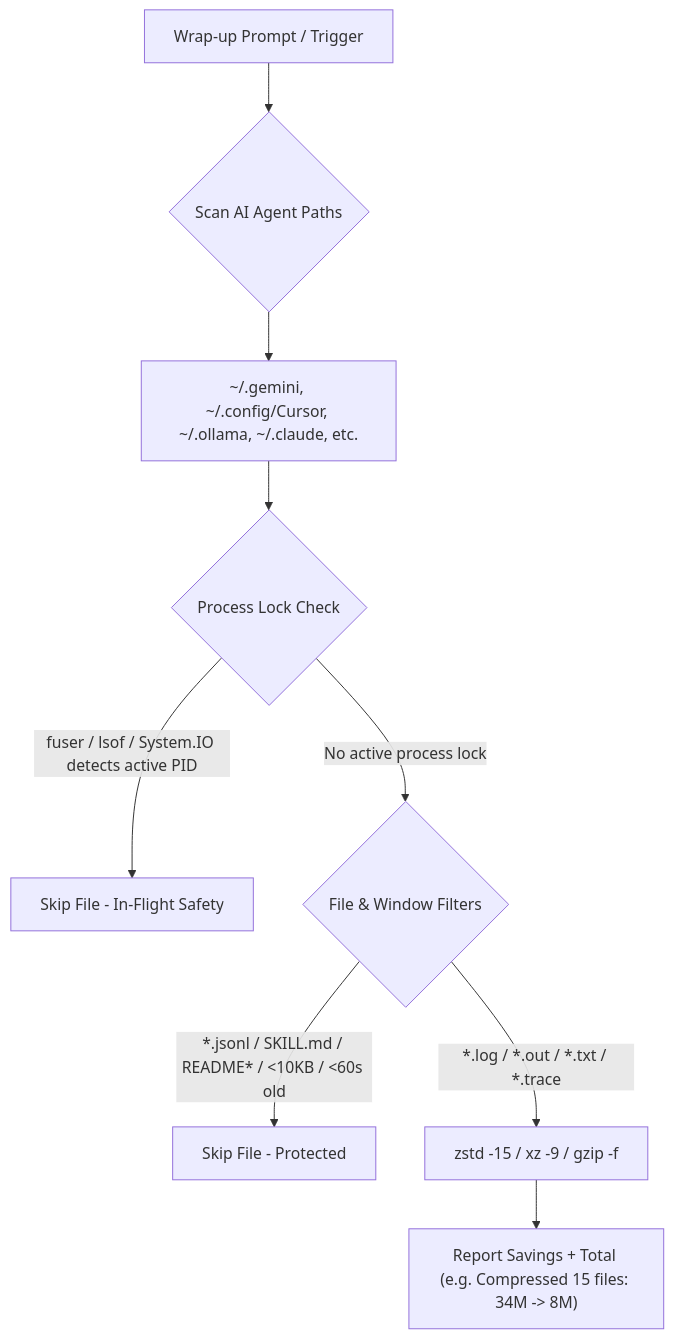
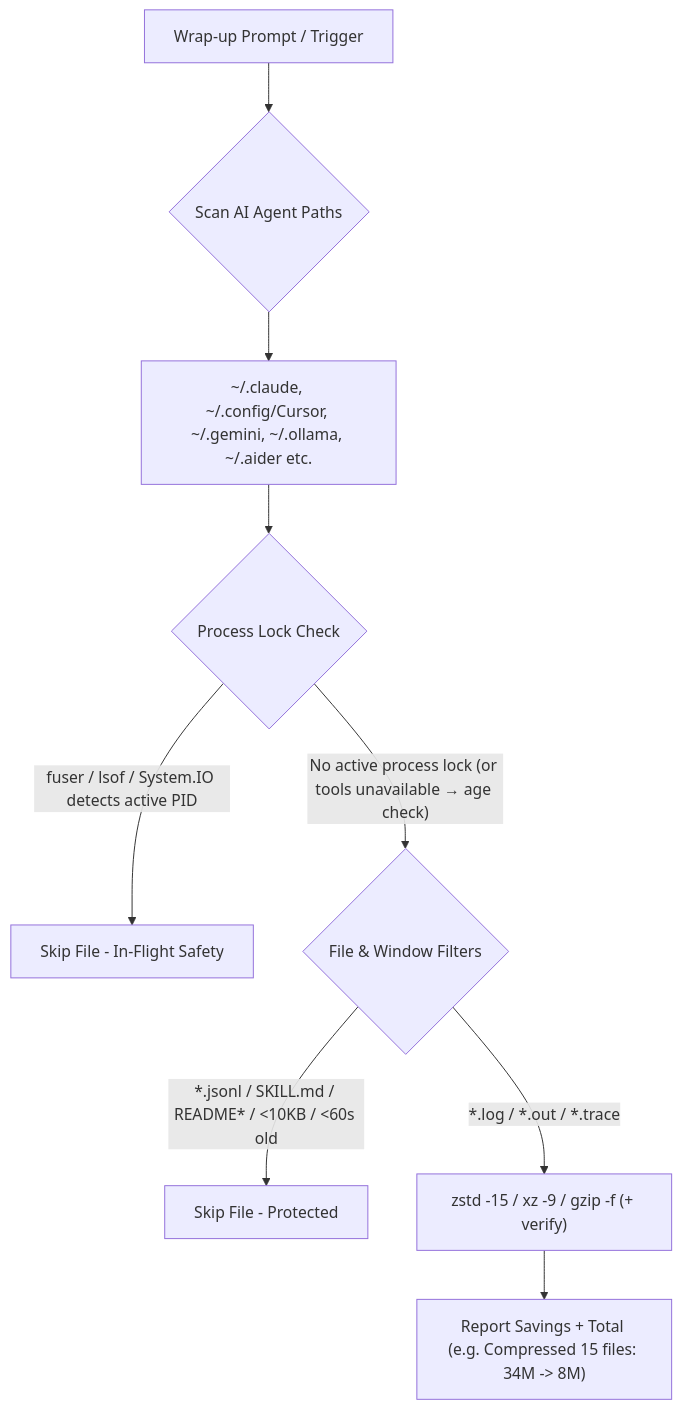
Before and after one commit to sebin-gg/zlog: the diagram in README.md, drawn with Mermaid. The commit also changed other lines of this file and 2 other files, not shown here.

````diff
--- a/README.md
+++ b/README.md
@@ -57,11 +68,11 @@
 ```mermaid
 graph TD
     A["Wrap-up Prompt / Trigger"] --> B{"Scan AI Agent Paths"}
-    B --> C["~/.gemini, ~/.config/Cursor, ~/.ollama, ~/.claude, etc."]
+    B --> C["~/.claude, ~/.config/Cursor, ~/.gemini, ~/.ollama, ~/.aider etc."]
     C --> D{"Process Lock Check"}
     D -- "fuser / lsof / System.IO detects active PID" --> E["Skip File - In-Flight Safety"]
-    D -- "No active process lock" --> F{"File & Window Filters"}
+    D -- "No active process lock (or tools unavailable → age check)" --> F{"File & Window Filters"}
     F -- "*.jsonl / SKILL.md / README* / <10KB / <60s old" --> G["Skip File - Protected"]
-    F -- "*.log / *.out / *.txt / *.trace" --> H["zstd -15 / xz -9 / gzip -f"]
+    F -- "*.log / *.out / *.trace" --> H["zstd -15 / xz -9 / gzip -f (+ verify)"]
     H --> I["Report Savings + Total (e.g. Compressed 15 files: 34M -> 8M)"]
 ```
````
